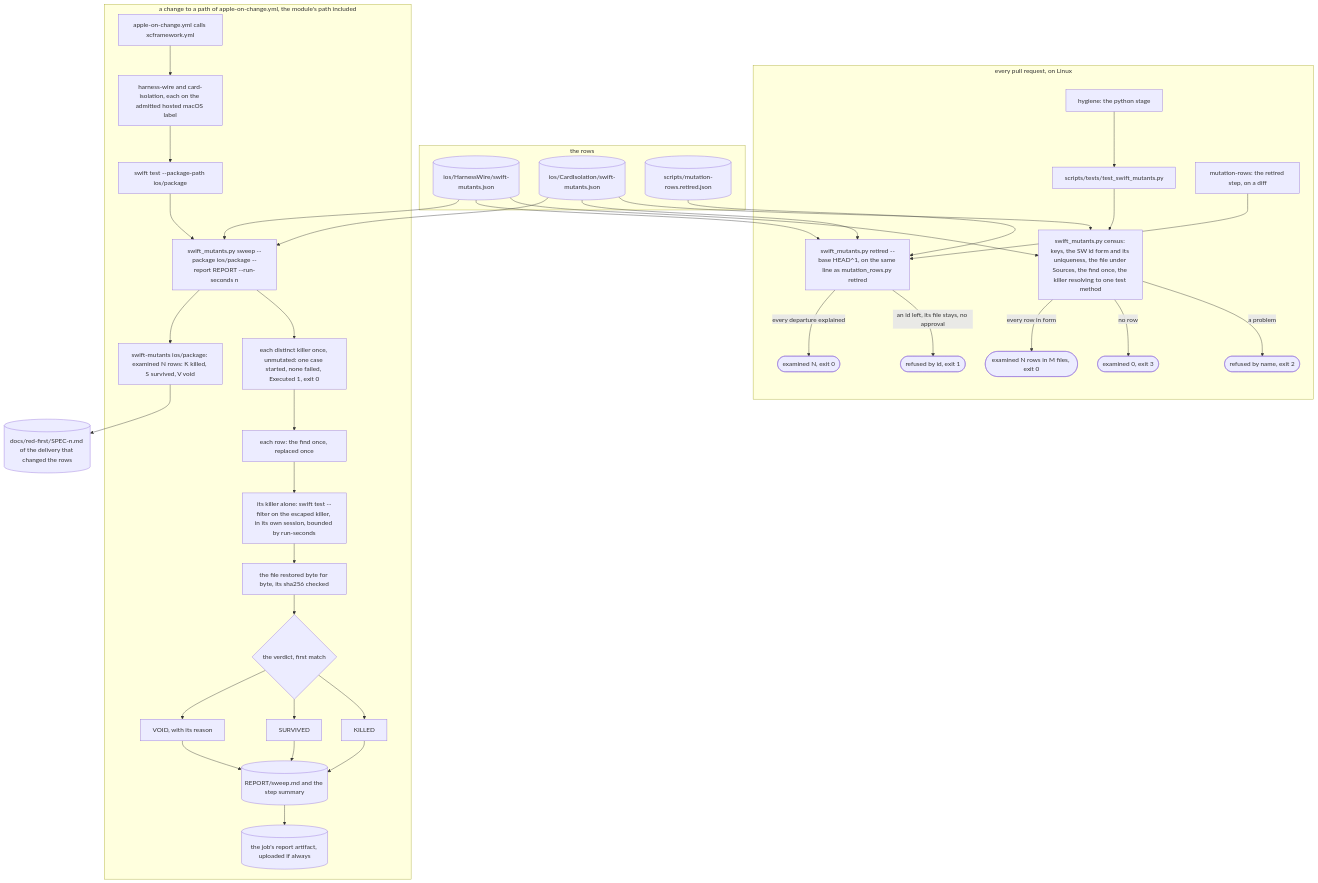
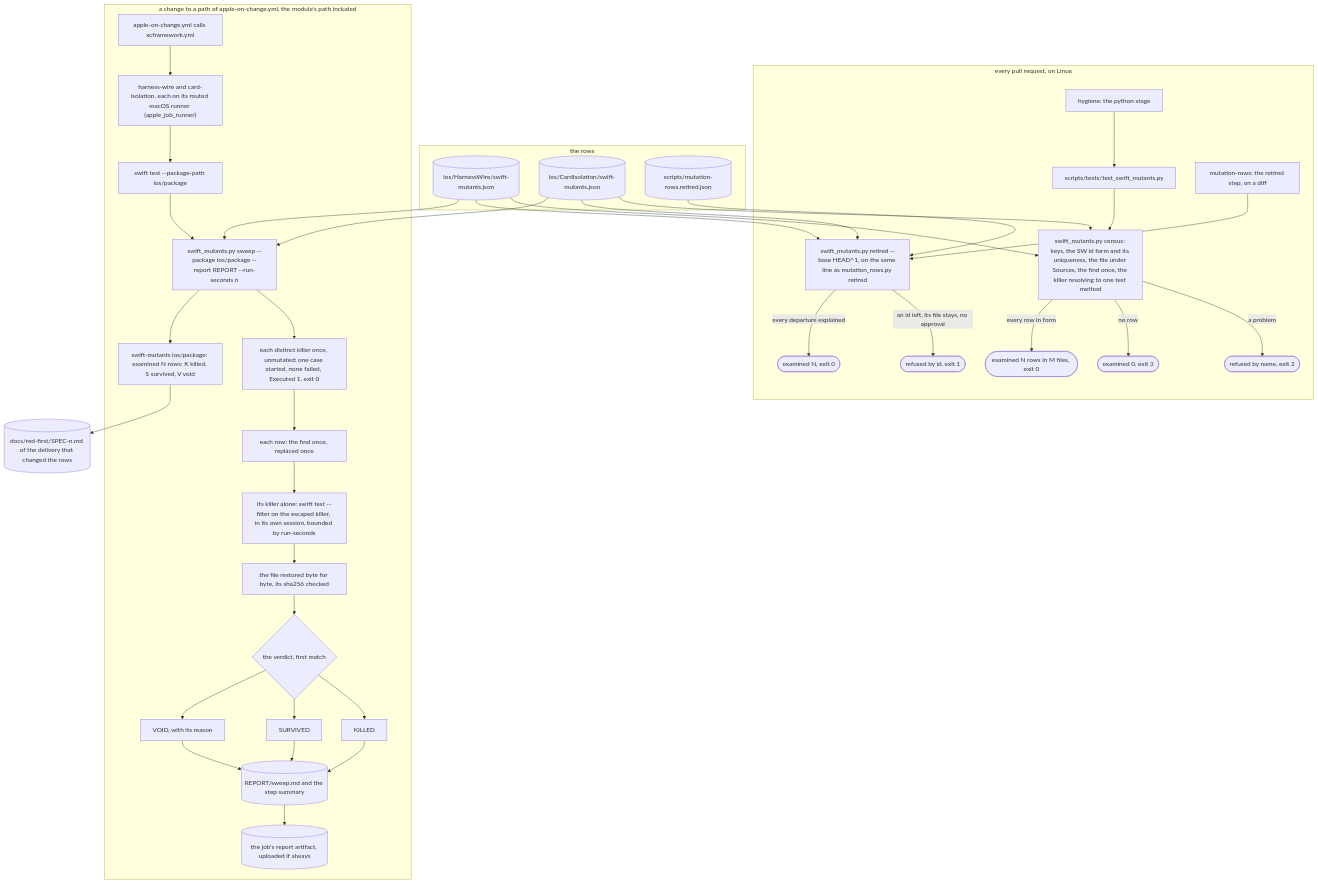
Diagram 20 of 20 in docs/schematics/mutation-testing.md (RexRenatus/deck-streak), drawn with Mermaid before and after one commit. The commit also changed other lines of this file and 3 other files, not shown here.

````diff
--- a/docs/schematics/mutation-testing.md
+++ b/docs/schematics/mutation-testing.md
@@ -788,47 +788,47 @@
 ```mermaid
 flowchart TD
   subgraph rowfiles["the rows"]
     hwrows[("ios/HarnessWire/swift-mutants.json")]
     cirows[("ios/CardIsolation/swift-mutants.json")]
     approvals[("scripts/mutation-rows.retired.json")]
   end
 
   subgraph linux["every pull request, on Linux"]
     hygiene["hygiene: the python stage"] --> tsm["scripts/tests/test_swift_mutants.py"]
     tsm --> census["swift_mutants.py census: keys, the SW id form and its uniqueness, the file under Sources, the find once, the killer resolving to one test method"]
     hwrows --> census
     cirows --> census
     census -->|a problem| censusrefused(["refused by name, exit 2"])
     census -->|no row| censusvoid(["examined 0, exit 3"])
     census -->|every row in form| censusok(["examined N rows in M files, exit 0"])
     rowsjob["mutation-rows: the retired step, on a diff"] --> retired["swift_mutants.py retired --base HEAD^1, on the same line as mutation_rows.py retired"]
     hwrows --> retired
     cirows --> retired
     approvals --> retired
     retired -->|an id left, its file stays, no approval| retiredrefused(["refused by id, exit 1"])
     retired -->|every departure explained| retiredok(["examined N, exit 0"])
   end
 
   subgraph mac["a change to a path of apple-on-change.yml, the module's path included"]
-    caller["apple-on-change.yml calls xcframework.yml"] --> pkgjobs["harness-wire and card-isolation, each on the admitted hosted macOS label"]
+    caller["apple-on-change.yml calls xcframework.yml"] --> pkgjobs["harness-wire and card-isolation, each on its routed macOS runner (apple_job_runner)"]
     pkgjobs --> pkgtests["swift test --package-path ios/package"]
     pkgtests --> sweep["swift_mutants.py sweep --package ios/package --report REPORT --run-seconds n"]
     hwrows --> sweep
     cirows --> sweep
     sweep --> unmutated["each distinct killer once, unmutated: one case started, none failed, Executed 1, exit 0"]
     unmutated --> install["each row: the find once, replaced once"]
     install --> killerrun["its killer alone: swift test --filter on the escaped killer, in its own session, bounded by run-seconds"]
     killerrun --> restore["the file restored byte for byte, its sha256 checked"]
     restore --> verdict{"the verdict, first match"}
     verdict --> killed["KILLED"]
     verdict --> survived["SURVIVED"]
     verdict --> voidrow["VOID, with its reason"]
     killed --> sweepmd[("REPORT/sweep.md and the step summary")]
     survived --> sweepmd
     voidrow --> sweepmd
     sweepmd --> upload[("the job's report artifact, uploaded if always")]
     sweep --> lastline["swift-mutants ios/package: examined N rows: K killed, S survived, V void"]
   end
 
   lastline --> record[("docs/red-first/SPEC-n.md of the delivery that changed the rows")]
 ```
````
